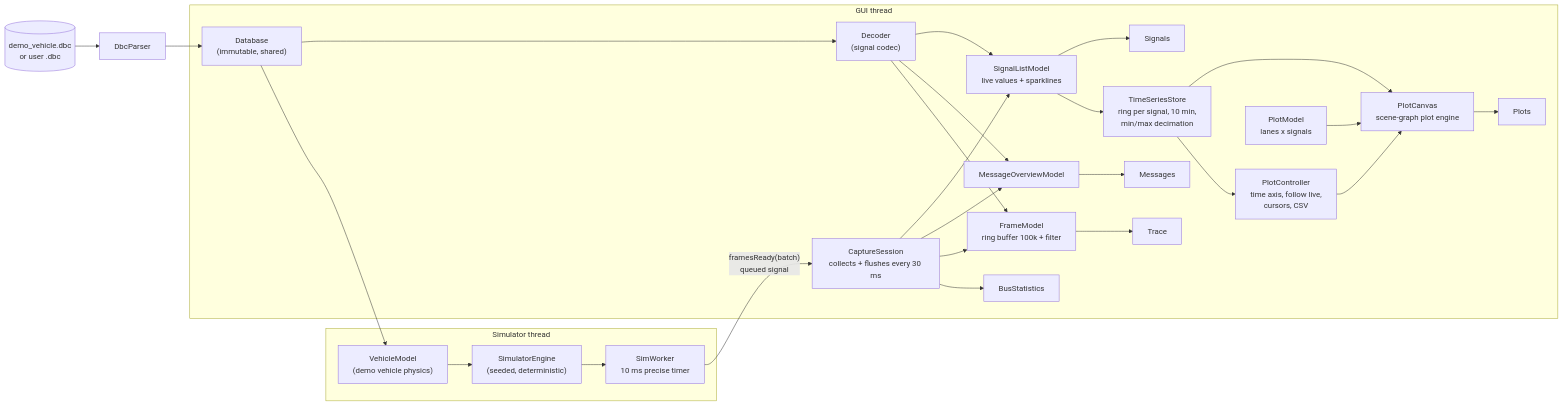
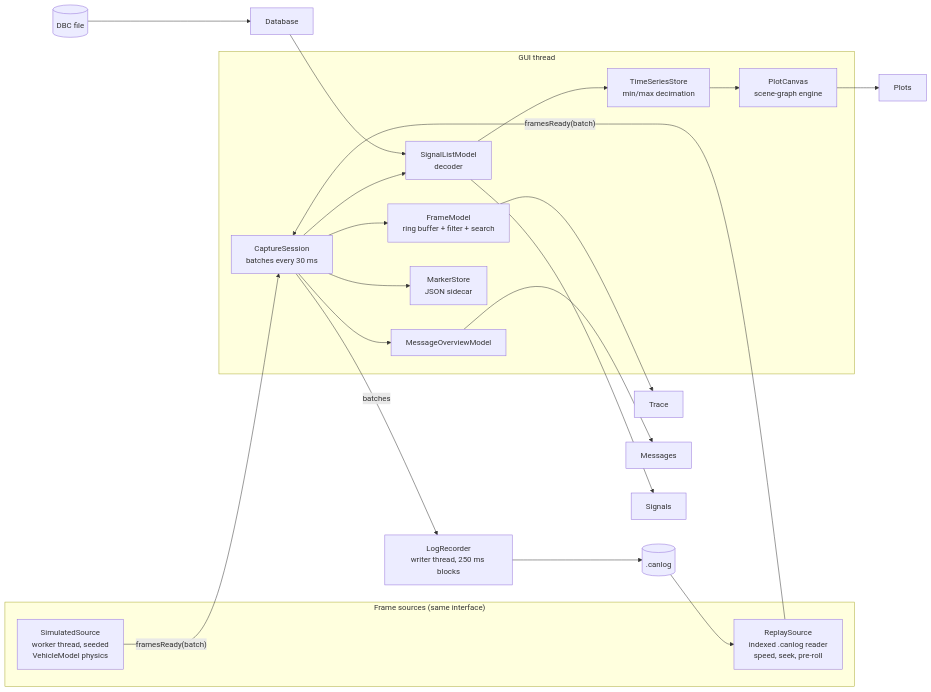
Before and after one commit to AhmedAlaaEl-Din/can_signal_analyzer: the diagram in README.md, drawn with Mermaid. The commit also changed other lines of this file and 14 other files, not shown here.

First line of the commit message:
Release 1.0: design review fixes (markers under lanes, search errors, status bar at min size), fast CSV export, package fixes, README, case study, phase 4 explainer, log format, progress summary

````diff
--- a/README.md
+++ b/README.md
@@ -111,30 +86,26 @@
 ```mermaid
 flowchart LR
-    subgraph worker["Simulator thread"]
-        E["SimulatorEngine<br/>(seeded, deterministic)"] --> W["SimWorker<br/>10 ms precise timer"]
-        VM["VehicleModel<br/>(demo vehicle physics)"] --> E
+    subgraph sources["Frame sources (same interface)"]
+        SIM["SimulatedSource<br/>worker thread, seeded<br/>VehicleModel physics"]
+        REP["ReplaySource<br/>indexed .canlog reader<br/>speed, seek, pre-roll"]
     end
-    DBC[("demo_vehicle.dbc<br/>or user .dbc")] --> P["DbcParser"] --> DB["Database<br/>(immutable, shared)"]
-    DB --> VM
-    W -- "framesReady(batch)<br/>queued signal" --> S
+    SIM -- "framesReady(batch)" --> S
+    REP -- "framesReady(batch)" --> S
     subgraph gui["GUI thread"]
-        S["CaptureSession<br/>collects + flushes every 30 ms"]
-        S --> ST["BusStatistics"]
-        S --> FM["FrameModel<br/>ring buffer 100k + filter"]
+        S["CaptureSession<br/>batches every 30 ms"]
+        S --> FM["FrameModel<br/>ring buffer + filter + search"]
         S --> MO["MessageOverviewModel"]
-        S --> SL["SignalListModel<br/>live values + sparklines"]
-        DB --> D["Decoder<br/>(signal codec)"]
-        D --> FM
-        D --> MO
-        D --> SL
-        SL --> TS["TimeSeriesStore<br/>ring per signal, 10 min,<br/>min/max decimation"]
-        TS --> PC["PlotController<br/>time axis, follow live,<br/>cursors, CSV"]
-        TS --> PE["PlotCanvas<br/>scene-graph plot engine"]
-        PM["PlotModel<br/>lanes x signals"] --> PE
-        PC --> PE
-        FM --> QT["Trace"]
-        MO --> QM["Messages"]
-        SL --> QS["Signals"]
-        PE --> QP["Plots"]
+        S --> SL["SignalListModel<br/>decoder"]
+        SL --> TS["TimeSeriesStore<br/>min/max decimation"]
+        TS --> PE["PlotCanvas<br/>scene-graph engine"]
+        S --> MK["MarkerStore<br/>JSON sidecar"]
     end
+    S -- "batches" --> REC["LogRecorder<br/>writer thread, 250 ms blocks"]
+    REC --> LOG[(".canlog")]
+    LOG --> REP
+    DBC[("DBC file")] --> DB["Database"] --> SL
+    FM --> QT["Trace"]
+    MO --> QM["Messages"]
+    SL --> QS["Signals"]
+    PE --> QP["Plots"]
 ```
````
